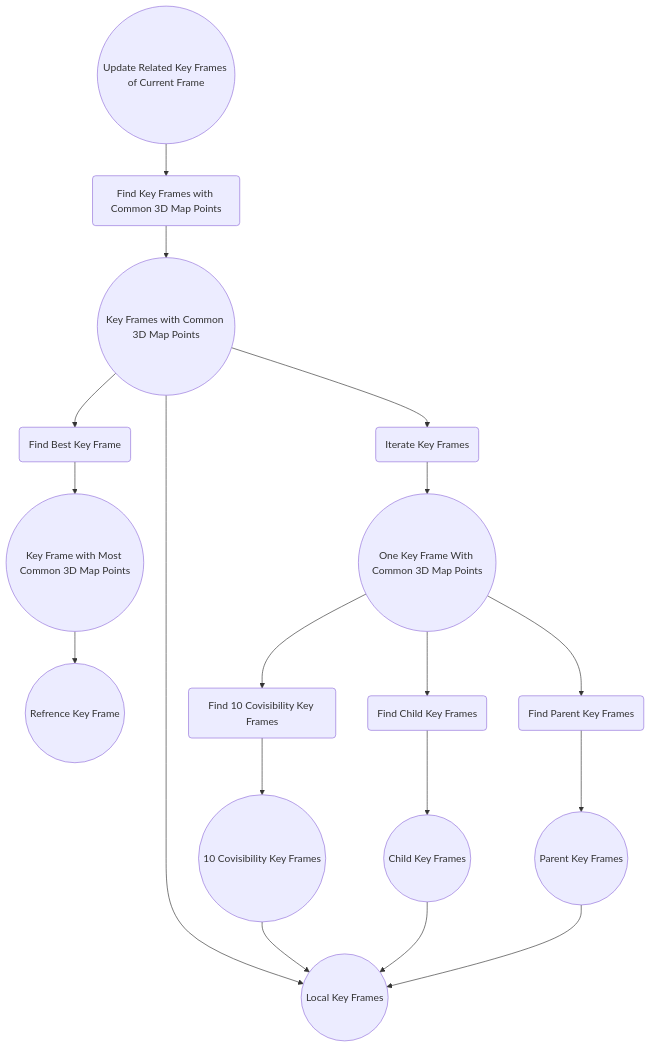
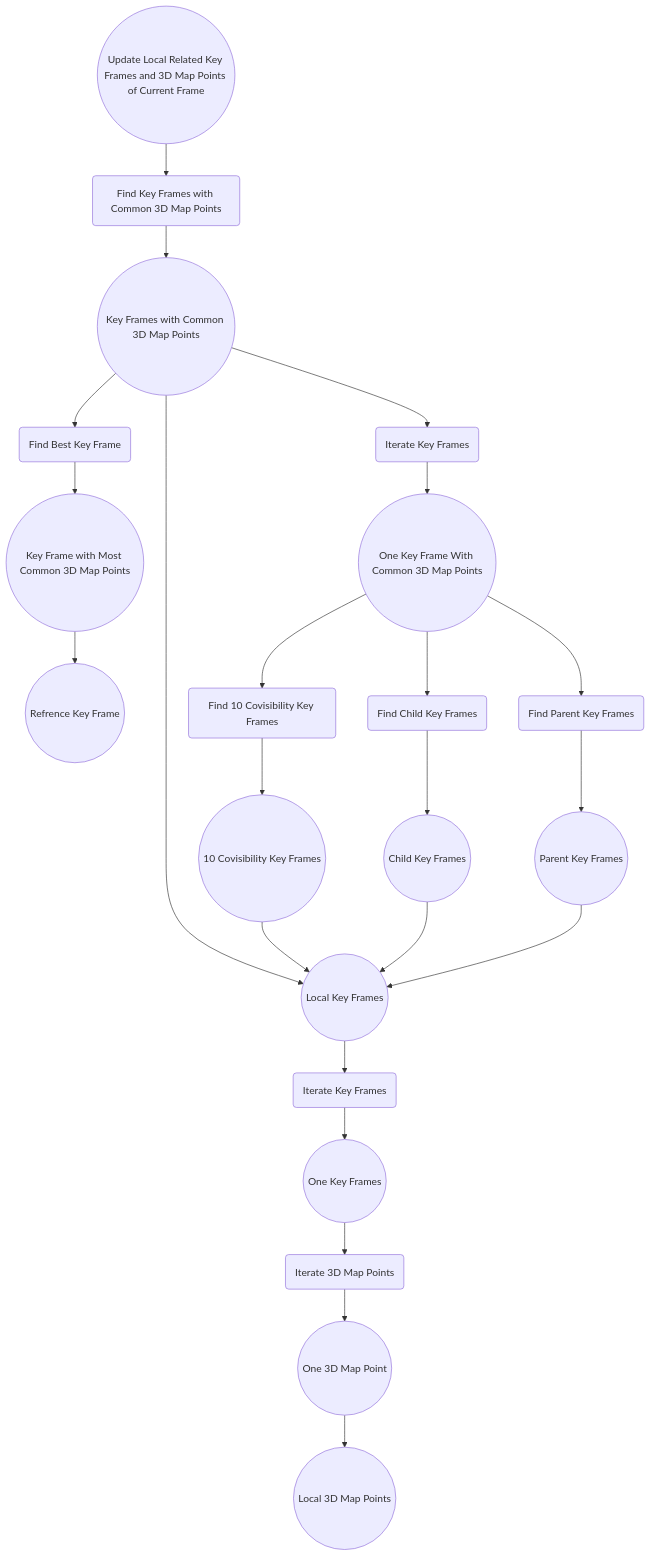
The ninth of 9 diagrams in Track.md (huang-yuefeng/3DComputerVision), drawn with Mermaid before and after one commit.

````diff
--- a/Track.md
+++ b/Track.md
@@ -216,22 +216,29 @@
 ```mermaid 
 		graph TD
-			UpdateLocalKeyFrames((Update Related Key Frames of Current Frame)) --> FindCovisibilityKeyFrame(Find Key Frames with Common 3D Map Points)
+			UpdateLocalKeyFrames((Update Local Related Key Frames and 3D Map Points of Current Frame)) --> FindCovisibilityKeyFrame(Find Key Frames with Common 3D Map Points)
 			FindCovisibilityKeyFrame --> KeyFramesWithCommonMP((Key Frames with Common 3D Map Points))
 			KeyFramesWithCommonMP --> FindMaxKF(Find Best Key Frame)
 			FindMaxKF --> MaxKF((Key Frame with Most Common 3D Map Points))
 			MaxKF --> RefrenceKF((Refrence Key Frame))
 
 			KeyFramesWithCommonMP --> IterateKeyFrames(Iterate Key Frames)
 			IterateKeyFrames --> OneKFWithCommonMP((One Key Frame With Common 3D Map Points))
 			OneKFWithCommonMP --> FindCovisibilityKF(Find 10 Covisibility Key Frames)
 			FindCovisibilityKF --> 10CovisibilityKF((10 Covisibility Key Frames))
 			OneKFWithCommonMP --> FindChildKF(Find Child Key Frames)
 			FindChildKF --> ChildKF((Child Key Frames))
 			OneKFWithCommonMP --> FindParentKF(Find Parent Key Frames)
 			FindParentKF --> ParentKF((Parent Key Frames))
 			
 			KeyFramesWithCommonMP --> LocalKF((Local Key Frames))
 			10CovisibilityKF --> LocalKF
 			ChildKF --> LocalKF
 			ParentKF --> LocalKF
+			
+			
+			LocalKF((Local Key Frames)) --> IterateKF(Iterate Key Frames)
+			IterateKF --> OneKF((One Key Frames))
+			OneKF --> IterateMP(Iterate 3D Map Points)
+			IterateMP --> OneMP((One 3D Map Point))
+			OneMP --> LocalMapPoints((Local 3D Map Points))
 ```
````
